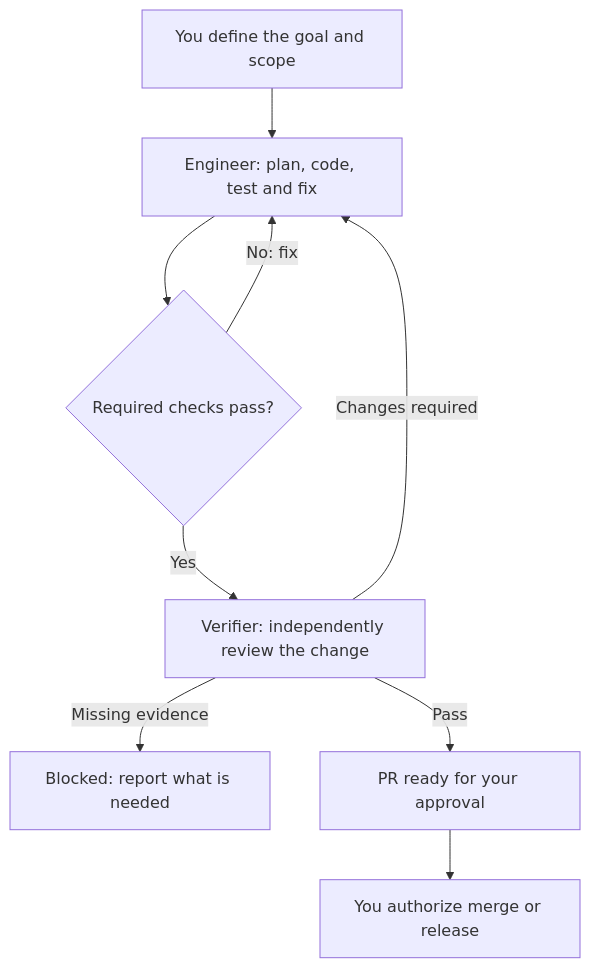
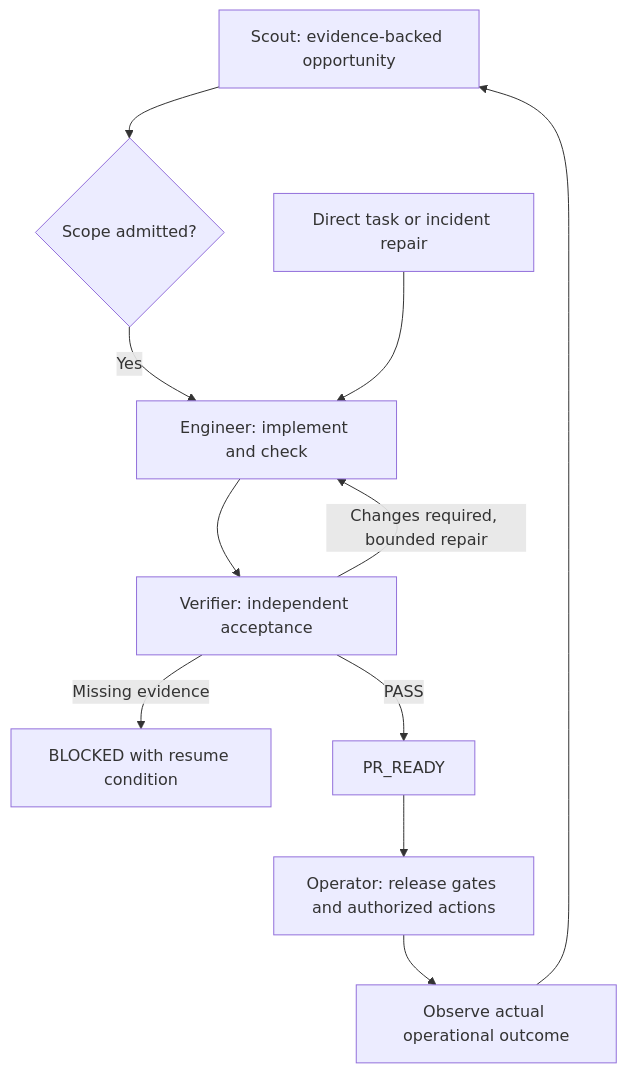
Before and after one commit to daiyanze/surgical-dev: the diagram in README.md, drawn with Mermaid. The commit also changed other lines of this file and 70 other files, not shown here.

````diff
--- a/README.md
+++ b/README.md
@@ -18,11 +17,13 @@
 ```mermaid
 flowchart TD
-    U["You define the goal and scope"] --> E["Engineer: plan, code, test and fix"]
-    E --> C{"Required checks pass?"}
-    C -->|No: fix| E
-    C -->|Yes| V["Verifier: independently review the change"]
-    V -->|Changes required| E
-    V -->|Missing evidence| B["Blocked: report what is needed"]
-    V -->|Pass| P["PR ready for your approval"]
-    P --> A["You authorize merge or release"]
+    S["Scout: evidence-backed opportunity"] --> A{"Scope admitted?"}
+    A -->|Yes| E["Engineer: implement and check"]
+    U["Direct task or incident repair"] --> E
+    E --> V["Verifier: independent acceptance"]
+    V -->|Changes required, bounded repair| E
+    V -->|Missing evidence| B["BLOCKED with resume condition"]
+    V -->|PASS| P["PR_READY"]
+    P --> O["Operator: release gates and authorized actions"]
+    O --> H["Observe actual operational outcome"]
+    H --> S
 ```
````
